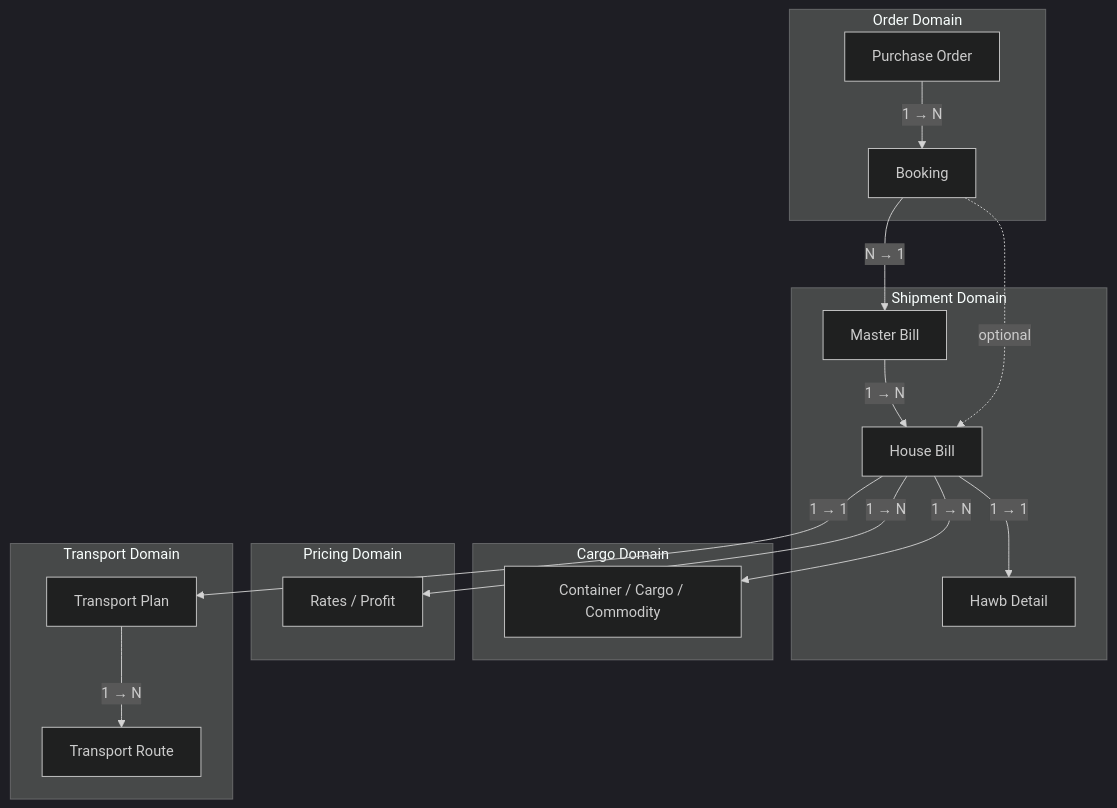
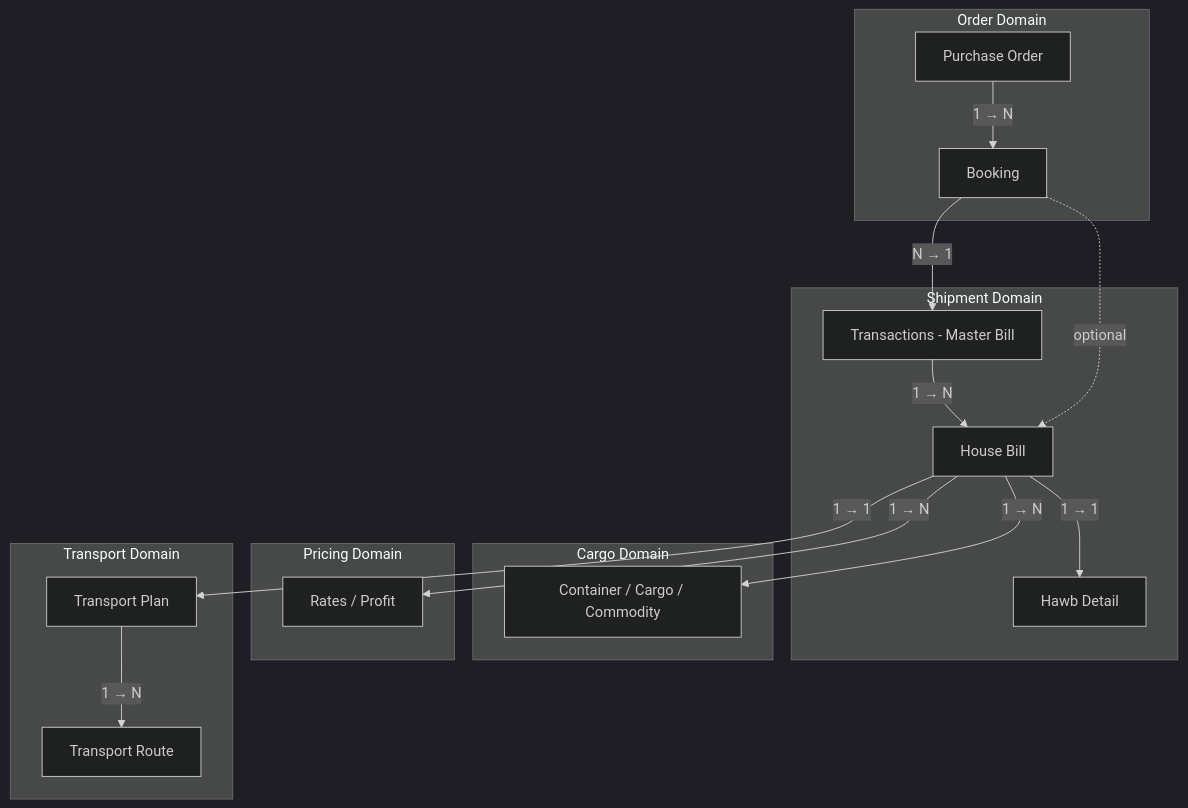
Before and after one commit to ngcdan/wiki: the first of 2 diagrams in projects/bf1/ERD.md, drawn with Mermaid (dark theme).

Commit message:
docs: đổi tên Master Bill thành Transactions - Master Bill trong DDD

````diff
--- a/projects/bf1/ERD.md
+++ b/projects/bf1/ERD.md
@@ -13,29 +13,29 @@
 ```mermaid
 graph TD
     subgraph ORDER["Order Domain"]
         PO["Purchase Order"] -->|"1 → N"| BK["Booking"]
     end
 
     subgraph SHIPMENT["Shipment Domain"]
-        MB["Master Bill"] -->|"1 → N"| HB["House Bill"]
+        MB["Transactions - Master Bill"] -->|"1 → N"| HB["House Bill"]
         HB -->|"1 → 1"| HD["Hawb Detail"]
     end
 
     subgraph CARGO["Cargo Domain"]
         CC["Container / Cargo / Commodity"]
     end
 
     subgraph PRICING["Pricing Domain"]
         RP["Rates / Profit"]
     end
 
     subgraph TRANSPORT["Transport Domain"]
         TP["Transport Plan"] -->|"1 → N"| TR["Transport Route"]
     end
 
     BK -->|"N → 1"| MB
     BK -.->|"optional"| HB
     HB -->|"1 → N"| CC
     HB -->|"1 → N"| RP
     HB -->|"1 → 1"| TP
 ```
````
